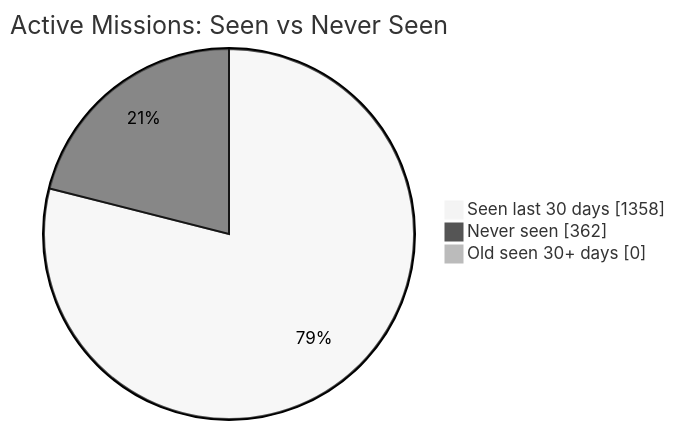
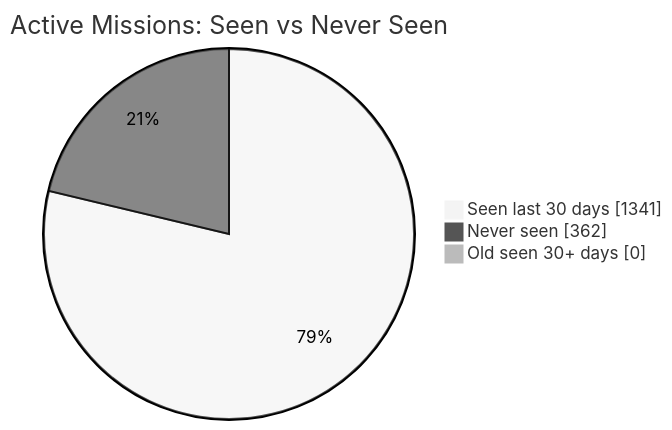
Before and after one commit to MeldkamerspelGameTeam/active-missions: the first of 2 diagrams in README.md, drawn with Mermaid (neutral theme). The commit also changed other lines of this file and 7 other files, not shown here.

````diff
--- a/README.md
+++ b/README.md
@@ -34,7 +34,7 @@
 ```mermaid
 pie showData
     title Active Missions: Seen vs Never Seen
-    "Seen last 30 days" : 1358
+    "Seen last 30 days" : 1341
     "Never seen" : 362
     "Old seen 30+ days" : 0
 ```
````
